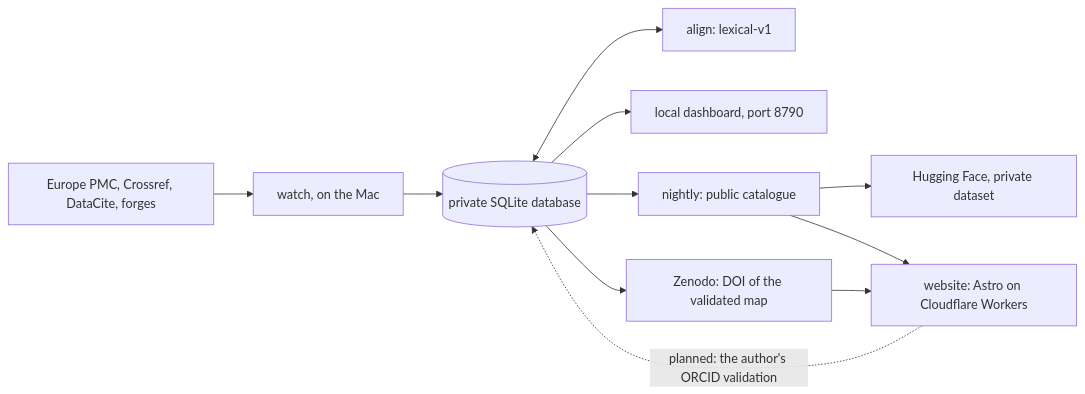
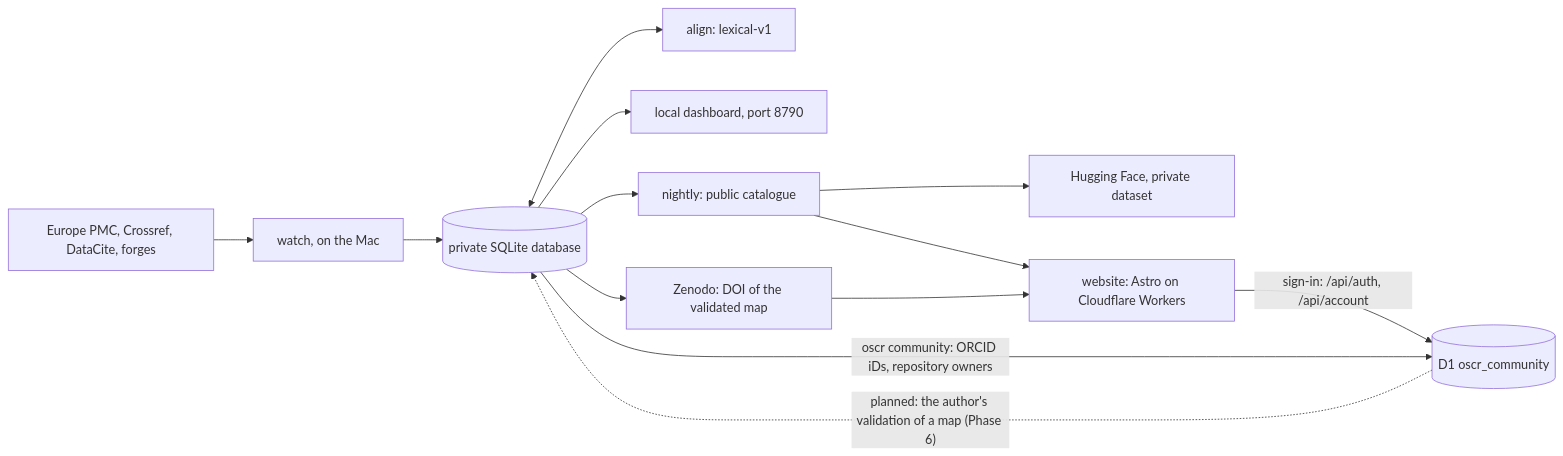
Before and after one commit to NeuraCrypt/OSCR: the first of 2 diagrams in docs/ARCHITECTURE.md, drawn with Mermaid. The commit also changed other lines of this file and 45 other files, not shown here.

First line of the commit message:
Phase 5: accounts (sign-in with ORCID, GitHub, Google; verified authors and maintainers)

````diff
--- a/docs/ARCHITECTURE.md
+++ b/docs/ARCHITECTURE.md
@@ -20,13 +22,15 @@
 ```mermaid
 flowchart LR
   EPMC["Europe PMC, Crossref, DataCite, forges"] --> W["watch, on the Mac"]
   W --> B[("private SQLite database")]
   B <--> A["align: lexical-v1"]
   B --> I["local dashboard, port 8790"]
   B --> N["nightly: public catalogue"]
   N --> HF["Hugging Face, private dataset"]
   N --> P["website: Astro on Cloudflare Workers"]
-  P -. "planned: the author's ORCID validation" .-> B
+  P -- "sign-in: /api/auth, /api/account" --> U[("D1 oscr_community")]
+  B -- "oscr community: ORCID iDs, repository owners" --> U
+  U -. "planned: the author's validation of a map (Phase 6)" .-> B
   B --> Z["Zenodo: DOI of the validated map"]
   Z --> P
 ```
````
